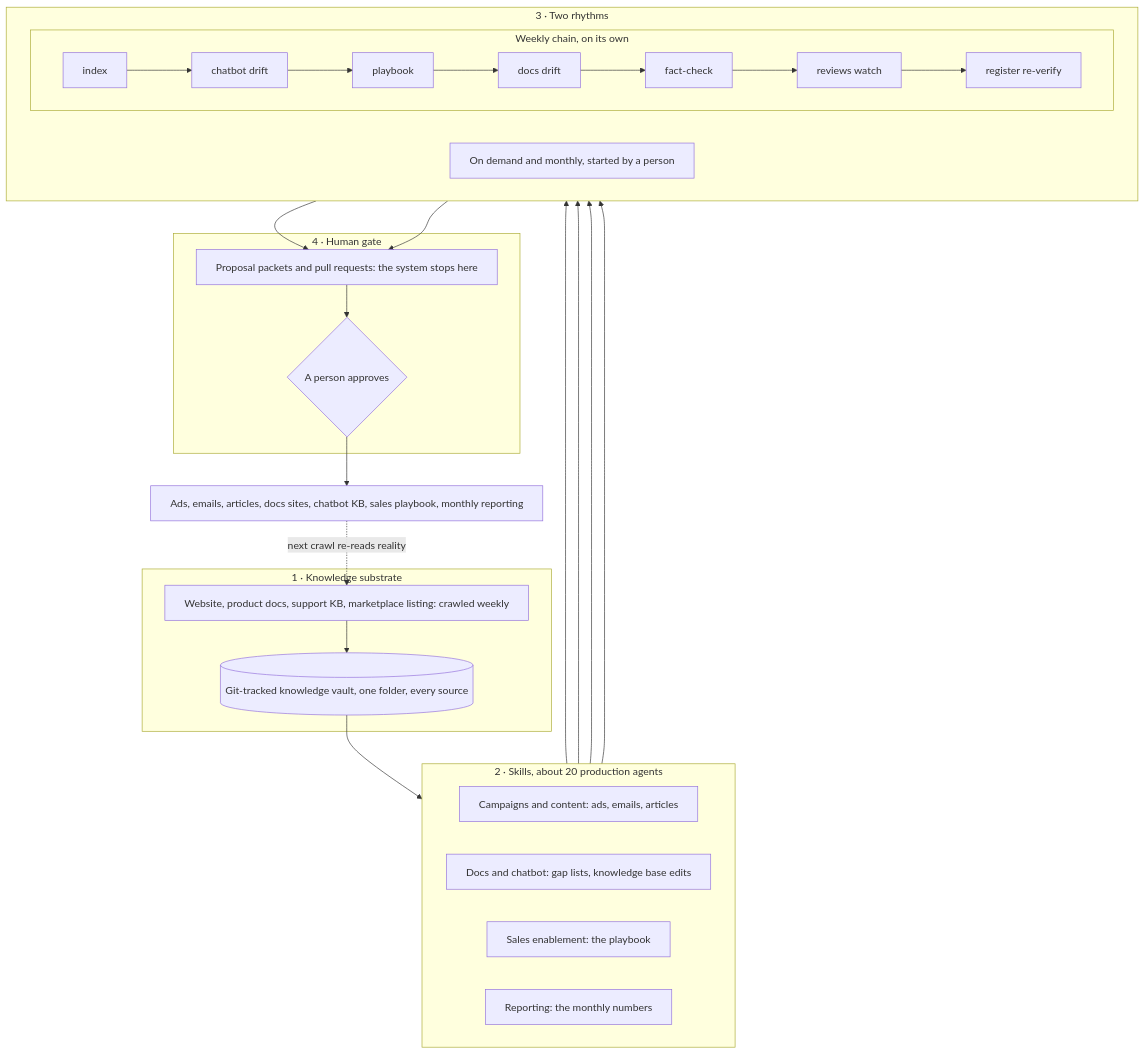
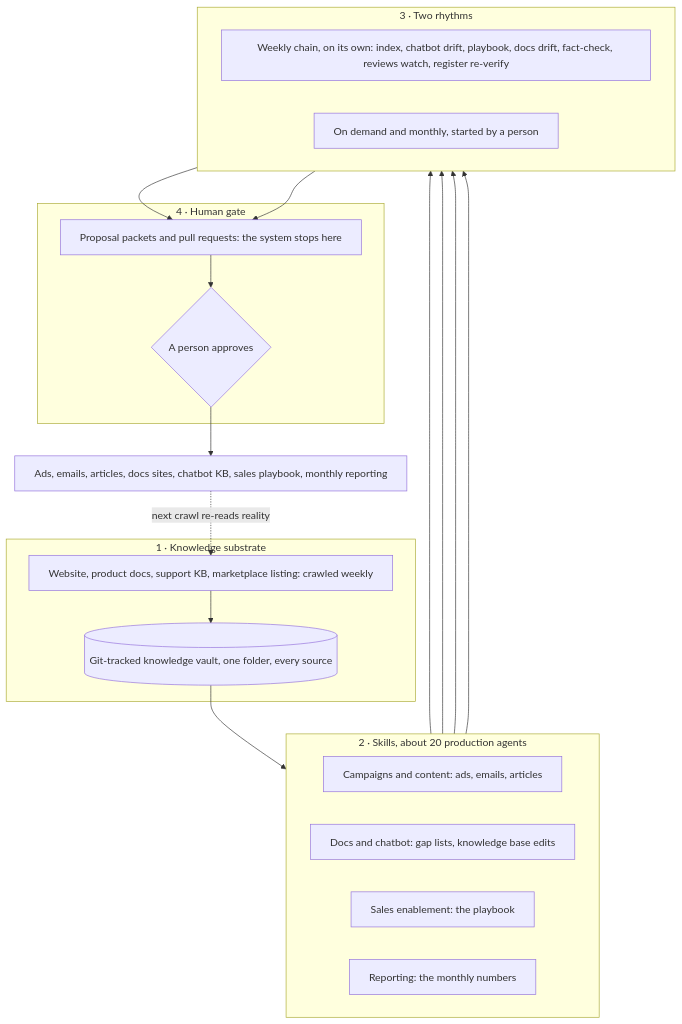
The diagram in evidence/case-studies/how-it-was-run-the-ai-operating-system.md (nunomnferreirapt/ai-operated-growth-engine), drawn with Mermaid before and after one commit.

Commit message:
Chapter 7 diagram: the weekly chain as one box, in order
Claude-Session: https://claude.ai/code/session_013vAMTruojjzTuNGSxvVixS

````diff
--- a/evidence/case-studies/how-it-was-run-the-ai-operating-system.md
+++ b/evidence/case-studies/how-it-was-run-the-ai-operating-system.md
@@ -24,34 +24,31 @@
 ```mermaid
 %%{init: {"flowchart": {"wrappingWidth": 600}}}%%
 flowchart TB
     subgraph L1["1 · Knowledge substrate"]
         S["Website, product docs, support KB, marketplace listing: crawled weekly"] --> V[("Git-tracked knowledge vault, one folder, every source")]
     end
     subgraph L2["2 · Skills, about 20 production agents"]
         direction LR
         A["Campaigns and content: ads, emails, articles"]
         D["Docs and chatbot: gap lists, knowledge base edits"]
         E["Sales enablement: the playbook"]
         R["Reporting: the monthly numbers"]
     end
     V --> L2
     subgraph L3["3 · Two rhythms"]
         direction LR
-        subgraph CH["Weekly chain, on its own"]
-            direction LR
-            s1["index"] --> s2["chatbot drift"] --> s3["playbook"] --> s4["docs drift"] --> s5["fact-check"] --> s6["reviews watch"] --> s7["register re-verify"]
-        end
+        CH["Weekly chain, on its own: index, chatbot drift, playbook, docs drift, fact-check, reviews watch, register re-verify"]
         OD["On demand and monthly, started by a person"]
     end
     D --> CH
     E --> CH
     A --> OD
     R --> OD
     subgraph L4["4 · Human gate"]
         P["Proposal packets and pull requests: the system stops here"] --> H{"A person approves"}
     end
     CH --> P
     OD --> P
     H --> OUT["Ads, emails, articles, docs sites, chatbot KB, sales playbook, monthly reporting"]
     OUT -.->|next crawl re-reads reality| S
 ```
````
